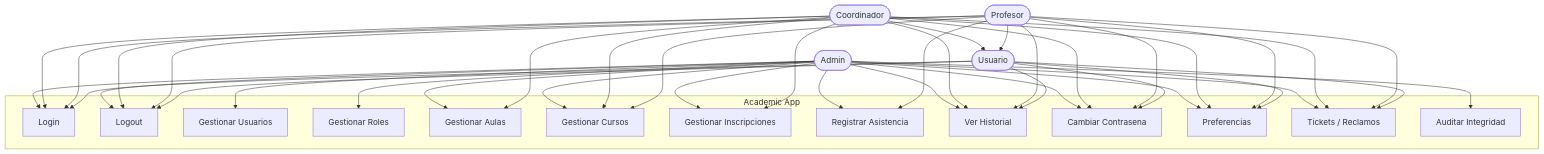
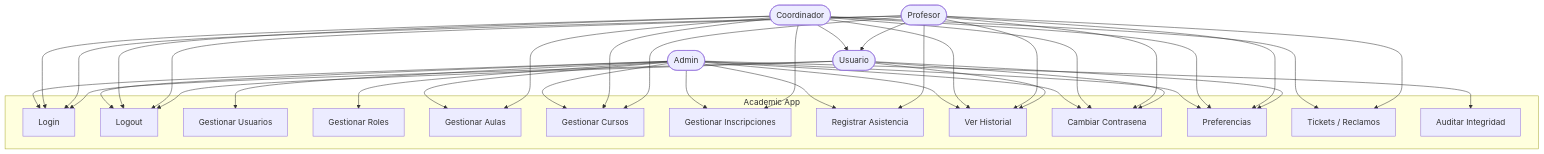
One commit to DarioZubaray/Proyecto-Final changed the diagram in docs/mermaid-live/4.1.casos-uso.mmd. Above: the diagram before and after it, drawn with Mermaid. The commit also changed 11 other files, not shown here.

```diff
--- a/docs/mermaid-live/4.1.casos-uso.mmd
+++ b/docs/mermaid-live/4.1.casos-uso.mmd
@@ -1,78 +1,76 @@
 graph TB
     Admin([Admin])
     Coordinador([Coordinador])
     Profesor([Profesor])
     Usuario([Usuario])
 
     UC1[Login]
     UC2[Logout]
     UC3[Gestionar Usuarios]
     UC4[Gestionar Roles]
     UC5[Gestionar Aulas]
     UC6[Gestionar Cursos]
     UC7[Gestionar Inscripciones]
     UC8[Registrar Asistencia]
     UC9[Ver Historial]
     UC10[Cambiar Contrasena]
     UC11[Preferencias]
     UC12[Tickets / Reclamos]
     UC13[Auditar Integridad]
 
     subgraph "Academic App"
         UC1
         UC2
         UC3
         UC4
         UC5
         UC6
         UC7
         UC8
         UC9
         UC10
         UC11
         UC12
         UC13
     end
 
     Coordinador --> Usuario
     Profesor --> Usuario
 
     Admin --> UC1
     Admin --> UC2
     Admin --> UC3
     Admin --> UC4
     Admin --> UC5
     Admin --> UC6
     Admin --> UC7
     Admin --> UC8
     Admin --> UC9
     Admin --> UC10
     Admin --> UC11
-    Admin --> UC12
     Admin --> UC13
 
     Coordinador --> UC1
     Coordinador --> UC2
     Coordinador --> UC5
     Coordinador --> UC6
     Coordinador --> UC7
     Coordinador --> UC9
     Coordinador --> UC10
     Coordinador --> UC11
     Coordinador --> UC12
 
     Profesor --> UC1
     Profesor --> UC2
     Profesor --> UC6
     Profesor --> UC8
     Profesor --> UC9
     Profesor --> UC10
     Profesor --> UC11
     Profesor --> UC12
 
     Usuario --> UC1
     Usuario --> UC2
     Usuario --> UC9
     Usuario --> UC10
     Usuario --> UC11
-    Usuario --> UC12
```
